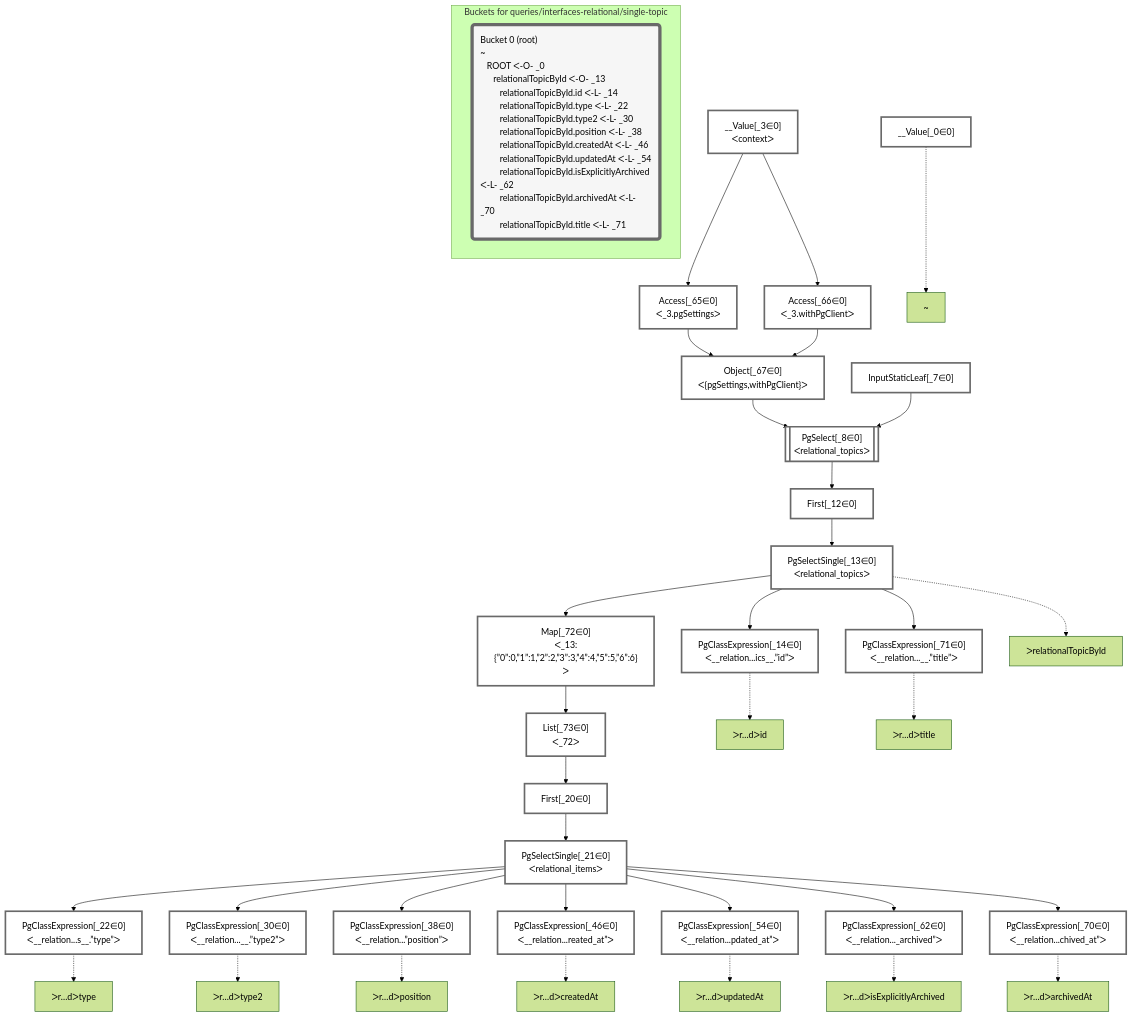
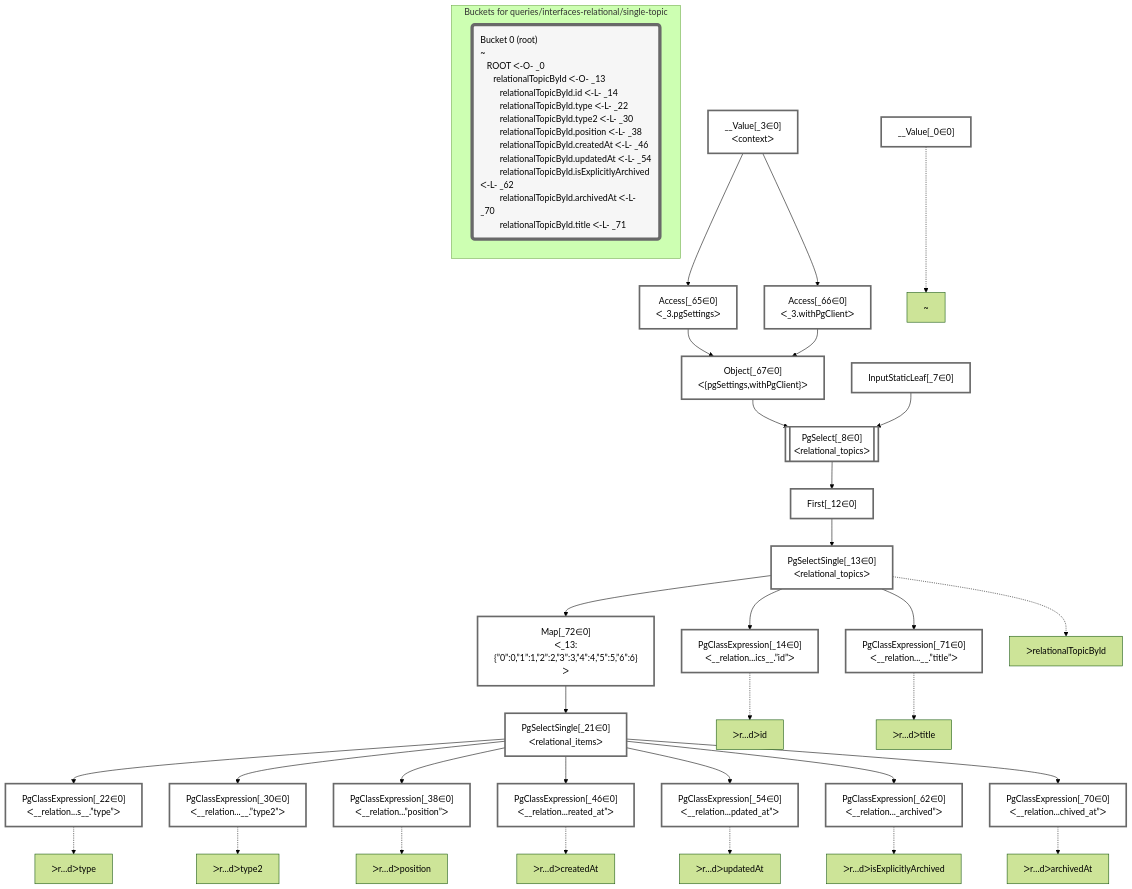
Before and after one commit to graphile/crystal: the diagram in packages/dataplan-pg/__tests__/queries/interfaces-relational/single-topic.mermaid.md, drawn with Mermaid (forest theme). The commit also changed 67 other files, not shown here.

```diff
--- a/packages/dataplan-pg/__tests__/queries/interfaces-relational/single-topic.mermaid.md
+++ b/packages/dataplan-pg/__tests__/queries/interfaces-relational/single-topic.mermaid.md
@@ -15,7 +15,6 @@
     First_12["First[_12∈0]"]:::plan
     PgSelectSingle_13["PgSelectSingle[_13∈0]<br />ᐸrelational_topicsᐳ"]:::plan
     PgClassExpression_14["PgClassExpression[_14∈0]<br />ᐸ__relation...ics__.”id”ᐳ"]:::plan
-    First_20["First[_20∈0]"]:::plan
     PgSelectSingle_21["PgSelectSingle[_21∈0]<br />ᐸrelational_itemsᐳ"]:::plan
     PgClassExpression_22["PgClassExpression[_22∈0]<br />ᐸ__relation...s__.”type”ᐳ"]:::plan
     PgClassExpression_30["PgClassExpression[_30∈0]<br />ᐸ__relation...__.”type2”ᐳ"]:::plan
@@ -29,7 +28,6 @@
     PgClassExpression_70["PgClassExpression[_70∈0]<br />ᐸ__relation...chived_at”ᐳ"]:::plan
     PgClassExpression_71["PgClassExpression[_71∈0]<br />ᐸ__relation...__.”title”ᐳ"]:::plan
     Map_72["Map[_72∈0]<br />ᐸ_13:{”0”:0,”1”:1,”2”:2,”3”:3,”4”:4,”5”:5,”6”:6}ᐳ"]:::plan
-    List_73["List[_73∈0]<br />ᐸ_72ᐳ"]:::plan
 
     %% plan dependencies
     Object_67 --> PgSelect_8
@@ -37,8 +35,7 @@
     PgSelect_8 --> First_12
     First_12 --> PgSelectSingle_13
     PgSelectSingle_13 --> PgClassExpression_14
-    List_73 --> First_20
-    First_20 --> PgSelectSingle_21
+    Map_72 --> PgSelectSingle_21
     PgSelectSingle_21 --> PgClassExpression_22
     PgSelectSingle_21 --> PgClassExpression_30
     PgSelectSingle_21 --> PgClassExpression_38
@@ -52,7 +49,6 @@
     PgSelectSingle_21 --> PgClassExpression_70
     PgSelectSingle_13 --> PgClassExpression_71
     PgSelectSingle_13 --> Map_72
-    Map_72 --> List_73
 
     %% plan-to-path relationships
     P_0["~"]
@@ -80,7 +76,7 @@
 
     %% allocate buckets
     classDef bucket0 stroke:#696969
-    class __Value_0,__Value_3,InputStaticLeaf_7,PgSelect_8,First_12,PgSelectSingle_13,PgClassExpression_14,First_20,PgSelectSingle_21,PgClassExpression_22,PgClassExpression_30,PgClassExpression_38,PgClassExpression_46,PgClassExpression_54,PgClassExpression_62,Access_65,Access_66,Object_67,PgClassExpression_70,PgClassExpression_71,Map_72,List_73 bucket0
+    class __Value_0,__Value_3,InputStaticLeaf_7,PgSelect_8,First_12,PgSelectSingle_13,PgClassExpression_14,PgSelectSingle_21,PgClassExpression_22,PgClassExpression_30,PgClassExpression_38,PgClassExpression_46,PgClassExpression_54,PgClassExpression_62,Access_65,Access_66,Object_67,PgClassExpression_70,PgClassExpression_71,Map_72 bucket0
 
     subgraph "Buckets for queries/interfaces-relational/single-topic"
     Bucket0("Bucket 0 (root)<br />~<br />⠀ROOT ᐸ-O- _0<br />⠀⠀relationalTopicById ᐸ-O- _13<br />⠀⠀⠀relationalTopicById.id ᐸ-L- _14<br />⠀⠀⠀relationalTopicById.type ᐸ-L- _22<br />⠀⠀⠀relationalTopicById.type2 ᐸ-L- _30<br />⠀⠀⠀relationalTopicById.position ᐸ-L- _38<br />⠀⠀⠀relationalTopicById.createdAt ᐸ-L- _46<br />⠀⠀⠀relationalTopicById.updatedAt ᐸ-L- _54<br />⠀⠀⠀relationalTopicById.isExplicitlyArchived ᐸ-L- _62<br />⠀⠀⠀relationalTopicById.archivedAt ᐸ-L- _70<br />⠀⠀⠀relationalTopicById.title ᐸ-L- _71"):::bucket
```
